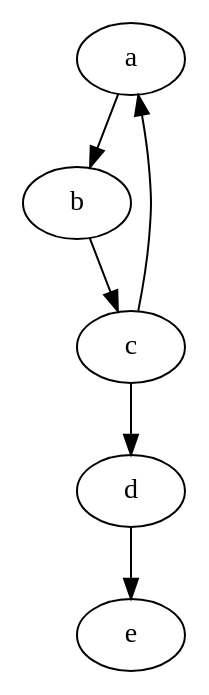
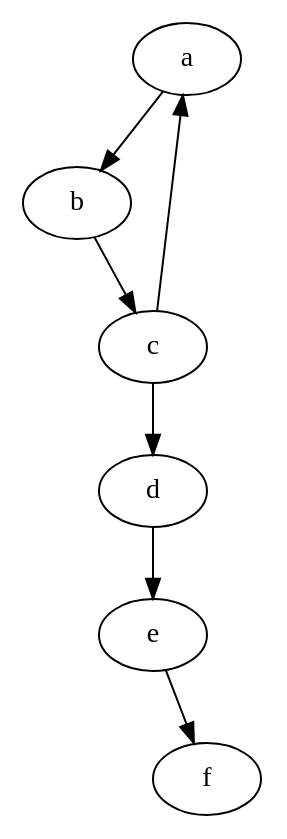
One commit to create-ensemble/feedback changed the diagram in diagram/tail.dot. Above: the diagram before and after it, drawn with Graphviz. The commit also changed 13 other files, not shown here.

Commit message:
added a bunch of diagrams for paper

```diff
--- a/diagram/tail.dot
+++ b/diagram/tail.dot
@@ -1,4 +1,5 @@
 digraph tail {
-  a -> b -> c -> d -> e
+  a -> b -> c -> d -> e -> f
   c -> a
+  f -> a [style=invis]
 }
```
